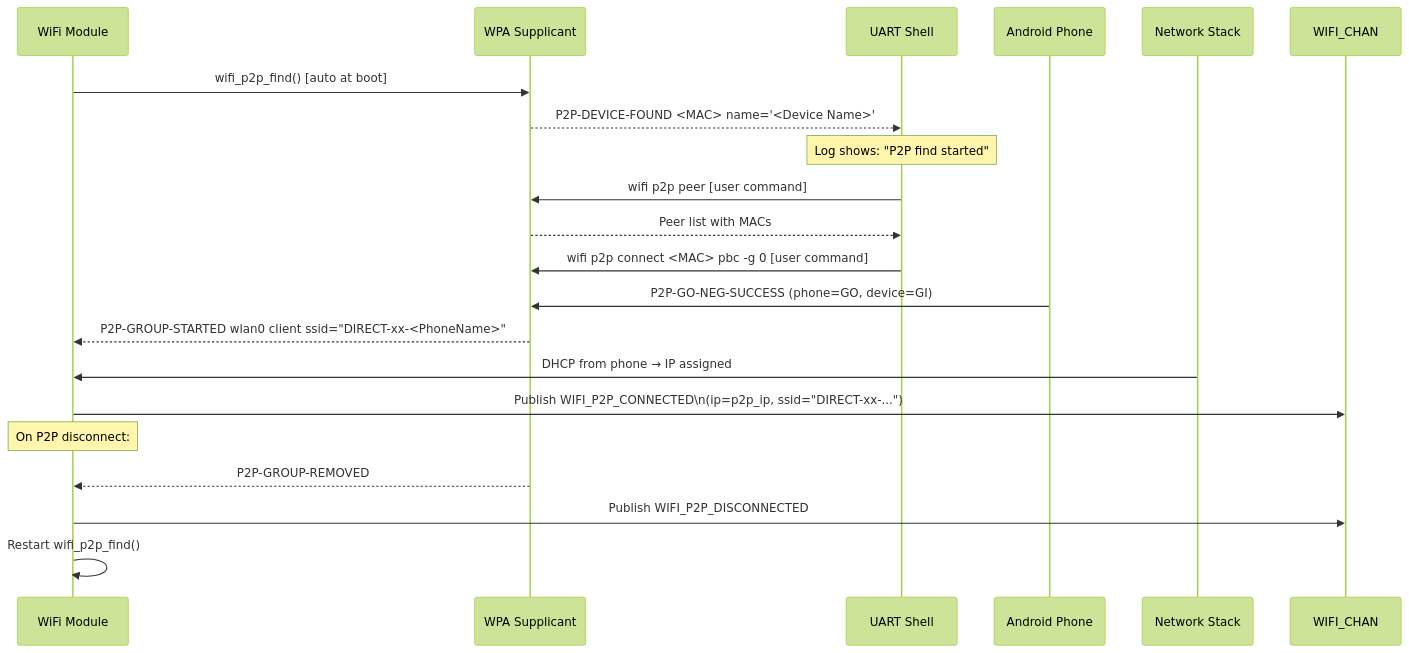
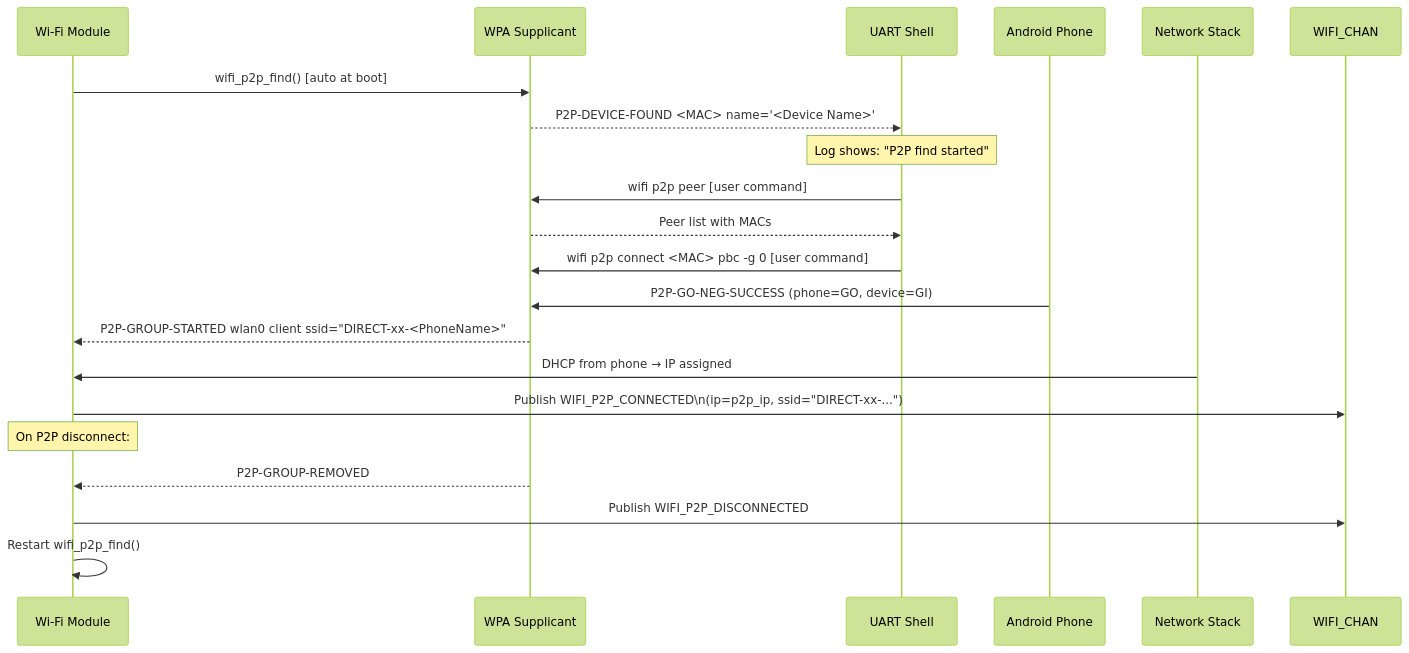
One commit to chshzh/nordic-wifi-webdash changed the fourth of 4 diagrams in docs/specs/wifi-module.md. Above: the diagram before and after it, drawn with Mermaid (forest theme). The commit also changed other lines of this file and 8 other files, not shown here.

````diff
--- a/docs/specs/wifi-module.md
+++ b/docs/specs/wifi-module.md
@@ -216,28 +216,28 @@
 ```mermaid
 sequenceDiagram
-    participant WiFi as WiFi Module
+    participant Wi-Fi as Wi-Fi Module
     participant WPA as WPA Supplicant
     participant Shell as UART Shell
     participant Phone as Android Phone
     participant Net as Network Stack
     participant WIFI_CHAN
 
-    WiFi->>WPA: wifi_p2p_find() [auto at boot]
+    Wi-Fi->>WPA: wifi_p2p_find() [auto at boot]
     WPA-->>Shell: P2P-DEVICE-FOUND <MAC> name='<Device Name>'
     Note over Shell: Log shows: "P2P find started"
 
     Shell->>WPA: wifi p2p peer [user command]
     WPA-->>Shell: Peer list with MACs
 
     Shell->>WPA: wifi p2p connect <MAC> pbc -g 0 [user command]
 
     Phone->>WPA: P2P-GO-NEG-SUCCESS (phone=GO, device=GI)
-    WPA-->>WiFi: P2P-GROUP-STARTED wlan0 client ssid="DIRECT-xx-<PhoneName>"
-    Net->>WiFi: DHCP from phone → IP assigned
-    WiFi->>WIFI_CHAN: Publish WIFI_P2P_CONNECTED\n(ip=p2p_ip, ssid="DIRECT-xx-...")
+    WPA-->>Wi-Fi: P2P-GROUP-STARTED wlan0 client ssid="DIRECT-xx-<PhoneName>"
+    Net->>Wi-Fi: DHCP from phone → IP assigned
+    Wi-Fi->>WIFI_CHAN: Publish WIFI_P2P_CONNECTED\n(ip=p2p_ip, ssid="DIRECT-xx-...")
 
-    Note over WiFi: On P2P disconnect:
-    WPA-->>WiFi: P2P-GROUP-REMOVED
-    WiFi->>WIFI_CHAN: Publish WIFI_P2P_DISCONNECTED
-    WiFi->>WiFi: Restart wifi_p2p_find()
+    Note over Wi-Fi: On P2P disconnect:
+    WPA-->>Wi-Fi: P2P-GROUP-REMOVED
+    Wi-Fi->>WIFI_CHAN: Publish WIFI_P2P_DISCONNECTED
+    Wi-Fi->>Wi-Fi: Restart wifi_p2p_find()
 ```
````
